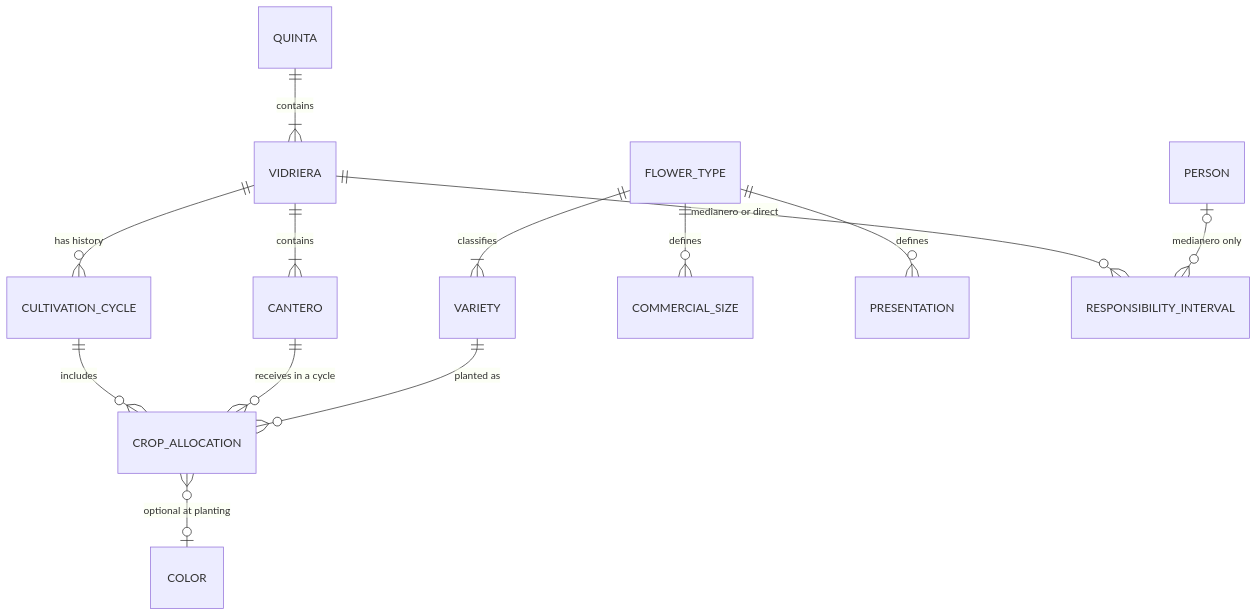
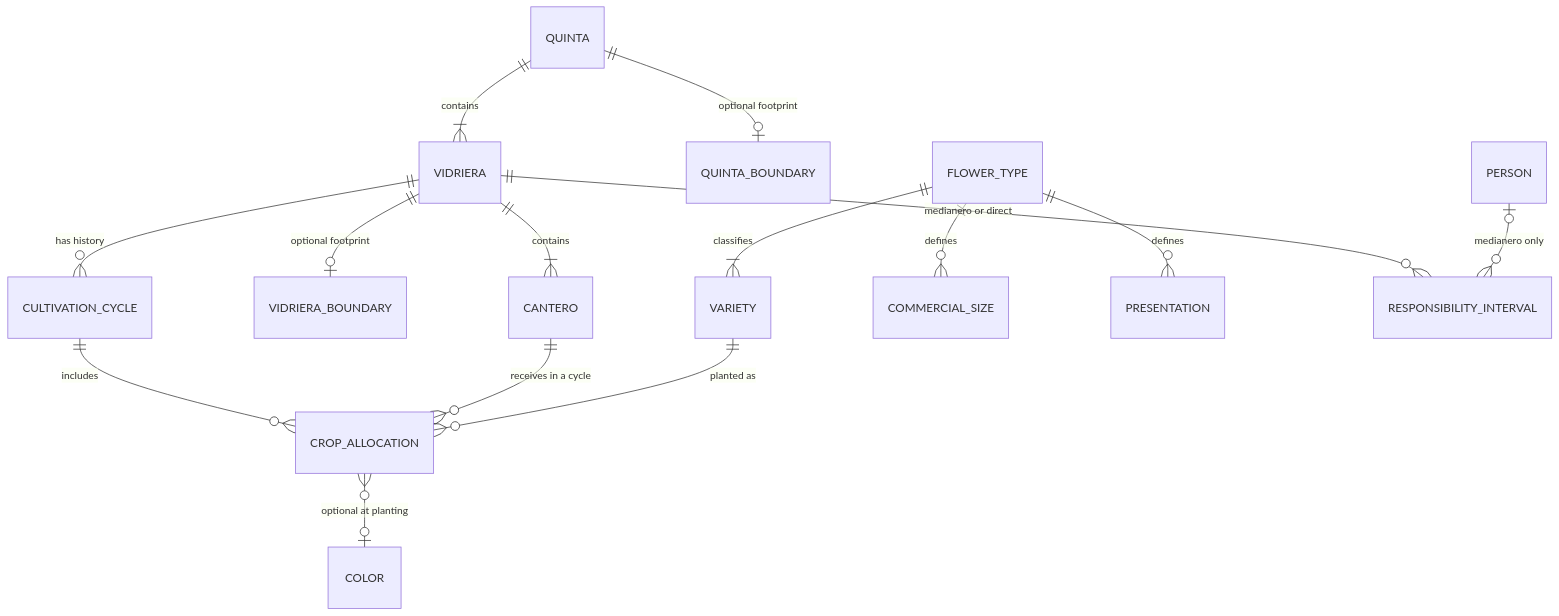
Before and after one commit to JuanCruzFerreiraM/MonteiroOS: the first of 3 diagrams in docs/architecture/DATA_MODEL.md, drawn with Mermaid. The commit also changed other lines of this file and 12 other files, not shown here.

````diff
--- a/docs/architecture/DATA_MODEL.md
+++ b/docs/architecture/DATA_MODEL.md
@@ -38,15 +43,17 @@
 ```mermaid
 erDiagram
   QUINTA ||--|{ VIDRIERA : contains
+  QUINTA ||--o| QUINTA_BOUNDARY : "optional footprint"
   VIDRIERA ||--|{ CANTERO : contains
+  VIDRIERA ||--o| VIDRIERA_BOUNDARY : "optional footprint"
   VIDRIERA ||--o{ CULTIVATION_CYCLE : "has history"
   CULTIVATION_CYCLE ||--o{ CROP_ALLOCATION : includes
   CANTERO ||--o{ CROP_ALLOCATION : "receives in a cycle"
   VARIETY ||--o{ CROP_ALLOCATION : "planted as"
   FLOWER_TYPE ||--|{ VARIETY : classifies
   FLOWER_TYPE ||--o{ COMMERCIAL_SIZE : defines
   FLOWER_TYPE ||--o{ PRESENTATION : defines
   CROP_ALLOCATION }o--o| COLOR : "optional at planting"
   VIDRIERA ||--o{ RESPONSIBILITY_INTERVAL : "medianero or direct"
   PERSON |o--o{ RESPONSIBILITY_INTERVAL : "medianero only"
 ```
````
